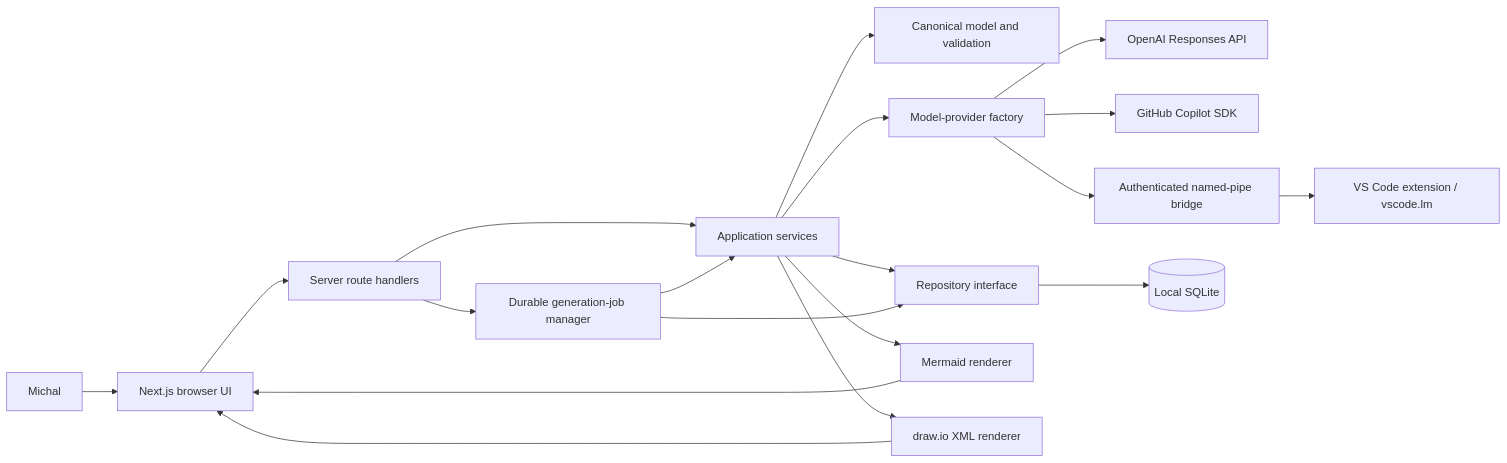
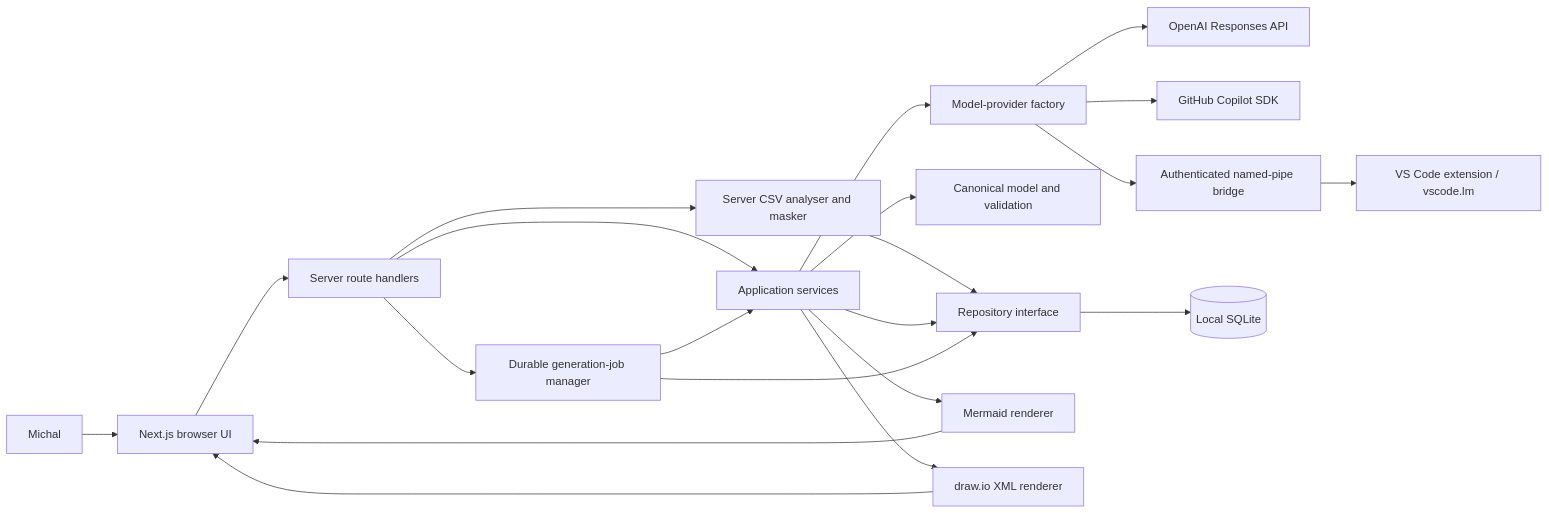
Before and after one commit to MikeS071/data-model-agent: the first of 2 diagrams in docs/features/data-model-agent/design.md, drawn with Mermaid. The commit also changed other lines of this file, not shown here.

First line of the commit message:
docs: accept CSV generation inputs design

````diff
--- a/docs/features/data-model-agent/design.md
+++ b/docs/features/data-model-agent/design.md
@@ -161,21 +207,23 @@
 ```mermaid
 flowchart LR
   Michal[Michal] --> UI[Next.js browser UI]
   UI --> Routes[Server route handlers]
+  Routes --> CSV[Server CSV analyser and masker]
+  CSV --> Repo
   Routes --> Service[Application services]
   Routes --> Jobs[Durable generation-job manager]
   Jobs --> Service
   Service --> Domain[Canonical model and validation]
   Service --> Provider[Model-provider factory]
   Provider --> OpenAI[OpenAI Responses API]
   Provider --> CopilotSDK[GitHub Copilot SDK]
   Provider --> Bridge[Authenticated named-pipe bridge]
   Bridge --> VSCode[VS Code extension / vscode.lm]
   Service --> Repo[Repository interface]
   Jobs --> Repo
   Repo --> SQLite[(Local SQLite)]
   Service --> Mermaid[Mermaid renderer]
   Service --> Drawio[draw.io XML renderer]
   Mermaid --> UI
   Drawio --> UI
 ```
````
